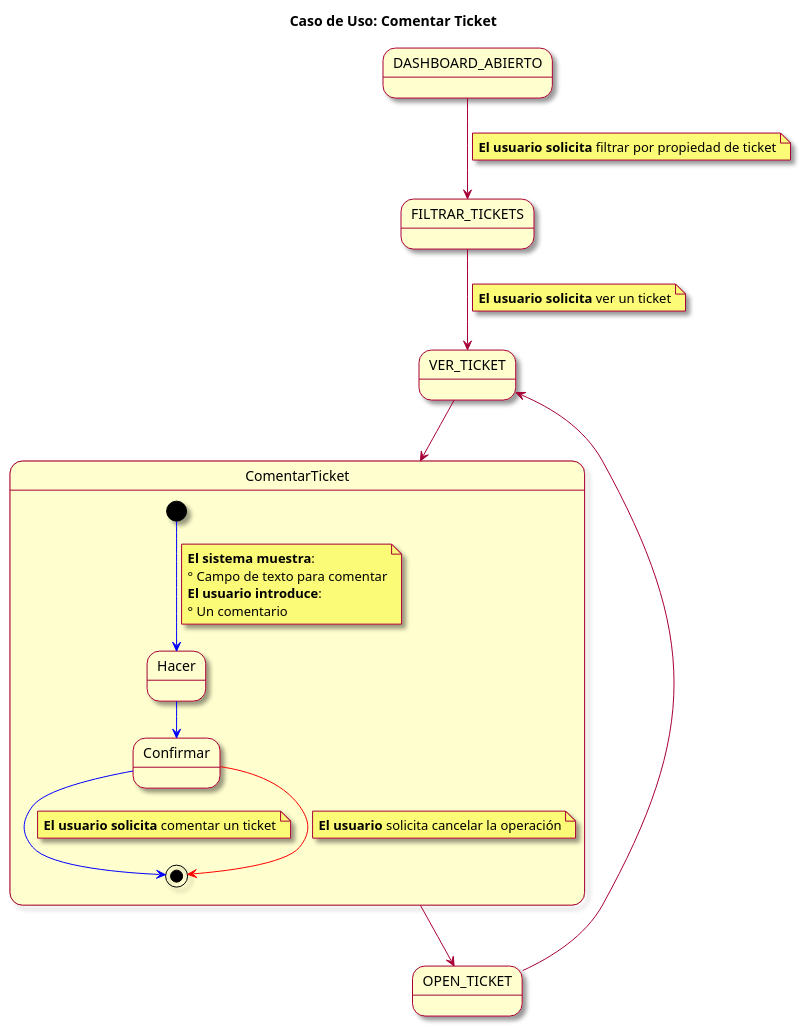
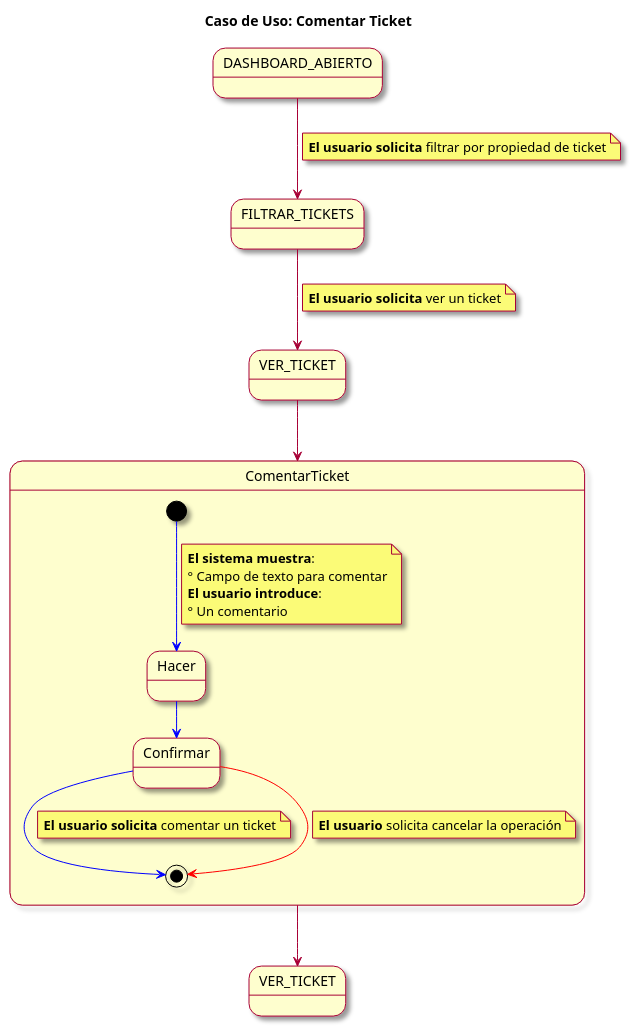
One commit to mmasias/23-24-IdSw1-SDR changed the diagram in modelosUML/CasosDeUsos/CasosDetallados/ComentarTicket.puml. Above: the diagram before and after it, drawn with PlantUML. The commit also changed 2 other files, not shown here.

Commit message:
fix: Correccion de diagramas e imagenes

```diff
--- a/modelosUML/CasosDeUsos/CasosDetallados/ComentarTicket.puml
+++ b/modelosUML/CasosDeUsos/CasosDetallados/ComentarTicket.puml
@@ -1,40 +1,38 @@
 @startuml
 skin rose
 title Caso de Uso: Comentar Ticket
 
 state DASHBOARD_ABIERTO
 state VER_TICKET
 state FILTRAR_TICKETS
-state OPEN_TICKET
+state "VER_TICKET" as OPEN_TICKET2
 
 DASHBOARD_ABIERTO --> FILTRAR_TICKETS
 note on link: **El usuario solicita** filtrar por propiedad de ticket
 FILTRAR_TICKETS --> VER_TICKET
 note on link: **El usuario solicita** ver un ticket
 VER_TICKET --> ComentarTicket
-ComentarTicket --> OPEN_TICKET
-OPEN_TICKET --> VER_TICKET
+ComentarTicket --> OPEN_TICKET2
+
 
 state ComentarTicket {
 
   [*] -[#blue]-> comentarTicket
 note on link
   **El sistema muestra**: 
   ° Campo de texto para comentar
   **El usuario introduce**: 
   ° Un comentario
 end note
   state "Hacer" as comentarTicket
   comentarTicket -[#blue]-> confirmarComentario
   state "Confirmar" as confirmarComentario
   confirmarComentario -[#blue]-> [*]
   note on link: **El usuario solicita** comentar un ticket
     
   confirmarComentario -[#red]-> [*]
   note on link: **El usuario** solicita cancelar la operación
     
 }
 
-
-
 @enduml
```
